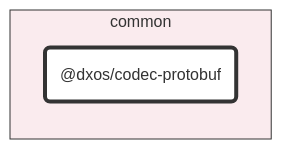
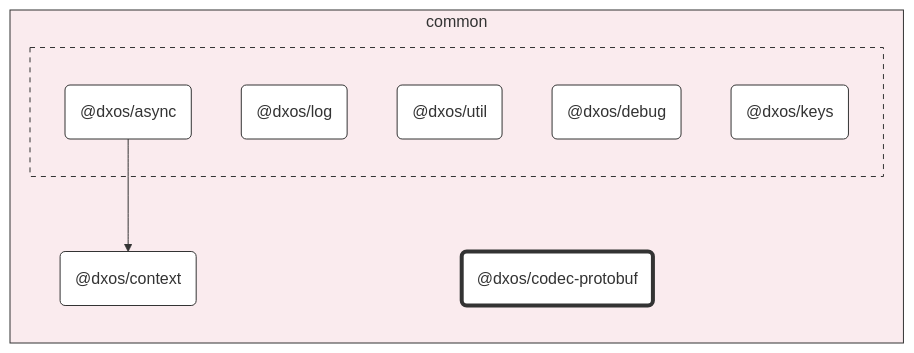
One commit to dxos/dxos changed the diagram in packages/common/codec-protobuf/docs/README.md. Above: the diagram before and after it, drawn with Mermaid. The commit also changed other lines of this file and 95 other files, not shown here.

Commit message:
Class diagrams.

````diff
--- a/packages/common/codec-protobuf/docs/README.md
+++ b/packages/common/codec-protobuf/docs/README.md
@@ -7,20 +7,37 @@
 ```mermaid
 %%{ init: {'flowchart':{'curve':'basis'}} }%%
 
 flowchart LR
 
 %% Classes
 classDef def fill:#fff,stroke:#333,stroke-width:1px
 classDef root fill:#fff,stroke:#333,stroke-width:4px
 
 %% Nodes
 
 subgraph common [common]
   style common fill:#faebee,stroke:#333
   dxos/codec-protobuf("@dxos/codec-protobuf"):::root
   click dxos/codec-protobuf "dxos/dxos/tree/main/packages/common/codec-protobuf/docs"
+  dxos/context("@dxos/context"):::def
+  click dxos/context "dxos/dxos/tree/main/packages/common/context/docs"
+
+  subgraph _ [ ]
+    style _ fill:#faebee,stroke:#333,stroke-dasharray:5 5
+    dxos/async("@dxos/async"):::def
+    click dxos/async "dxos/dxos/tree/main/packages/common/async/docs"
+    dxos/log("@dxos/log"):::def
+    click dxos/log "dxos/dxos/tree/main/packages/common/log/docs"
+    dxos/util("@dxos/util"):::def
+    click dxos/util "dxos/dxos/tree/main/packages/common/util/docs"
+    dxos/debug("@dxos/debug"):::def
+    click dxos/debug "dxos/dxos/tree/main/packages/common/debug/docs"
+    dxos/keys("@dxos/keys"):::def
+    click dxos/keys "dxos/dxos/tree/main/packages/common/keys/docs"
+  end
 end
 
 %% Links
 linkStyle default stroke:#333,stroke-width:1px
+dxos/async --> dxos/context
 ```
````
